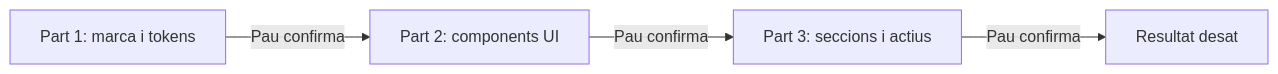
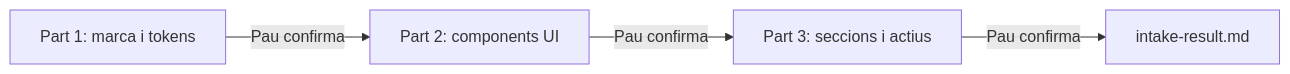
Before and after one commit to VoraStudio/voraData: the second of 2 diagrams in docs/sdd/fases.md, drawn with Mermaid. The commit also changed other lines of this file and 2 other files, not shown here.

Commit message:
docs: document AGENTS.md router and INTAKE phase with test results

````diff
--- a/docs/sdd/fases.md
+++ b/docs/sdd/fases.md
@@ -76,6 +80,6 @@
 ```mermaid
 graph LR
     P1[Part 1: marca i tokens] -->|Pau confirma| P2[Part 2: components UI]
     P2 -->|Pau confirma| P3[Part 3: seccions i actius]
-    P3 -->|Pau confirma| R[Resultat desat]
+    P3 -->|Pau confirma| R[intake-result.md]
 ```
````
